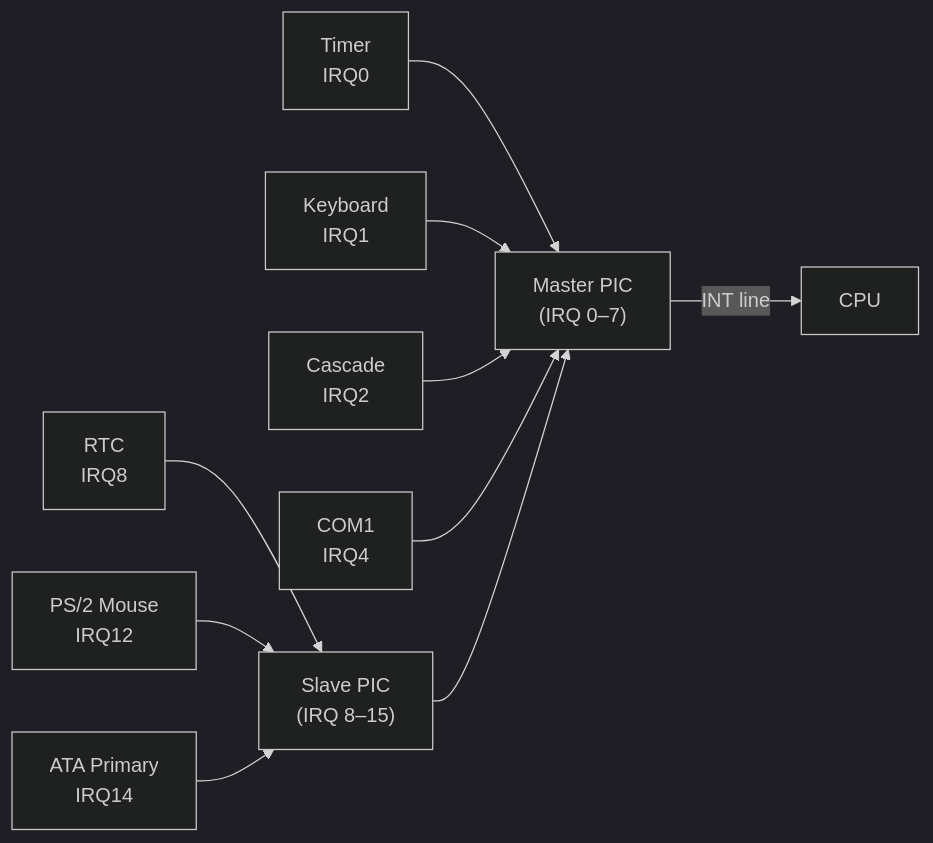
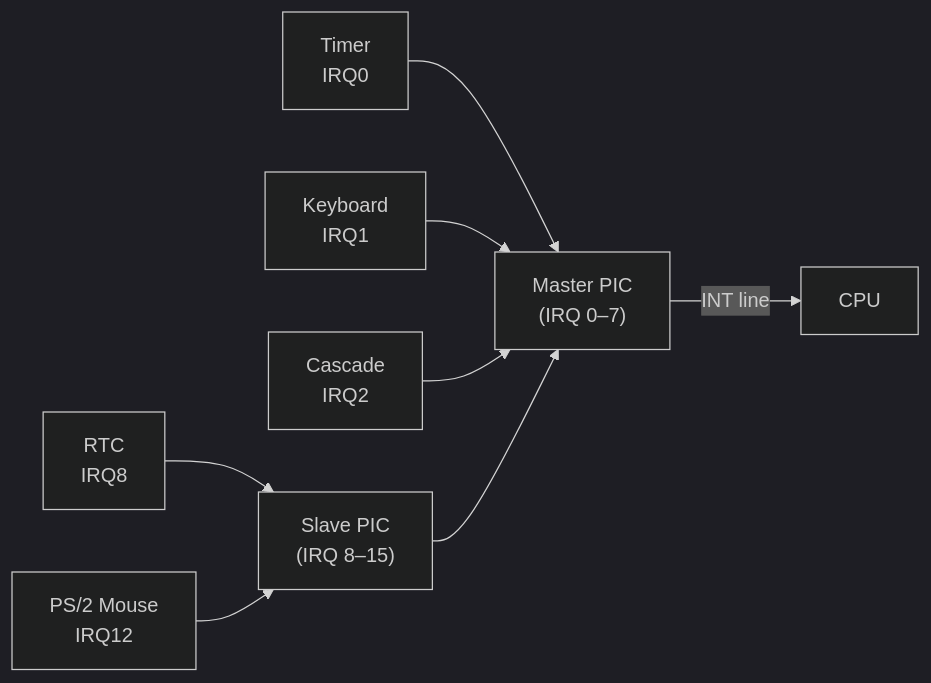
Before and after one commit to mikecubed/m3OS: the third of 3 diagrams in docs/04-interrupts.md, drawn with Mermaid (dark theme). The commit also changed other lines of this file and 13 other files, not shown here.

First line of the commit message:
Phase 3: Interrupts (GDT/IDT/PIC/Timer/Keyboard) (#2)

````diff
--- a/docs/04-interrupts.md
+++ b/docs/04-interrupts.md
@@ -108,14 +142,12 @@
 ```mermaid
 graph LR
-    HW1["Timer\nIRQ0"] --> MASTER["Master PIC\n(IRQ 0–7)"]
-    HW2["Keyboard\nIRQ1"] --> MASTER
-    HW3["Cascade\nIRQ2"] --> MASTER
-    HW4["COM1\nIRQ4"] --> MASTER
+    HW1["Timer<br/>IRQ0"] --> MASTER["Master PIC<br/>(IRQ 0–7)"]
+    HW2["Keyboard<br/>IRQ1"] --> MASTER
+    HW3["Cascade<br/>IRQ2"] --> MASTER
 
-    HW5["RTC\nIRQ8"] --> SLAVE["Slave PIC\n(IRQ 8–15)"]
-    HW6["PS/2 Mouse\nIRQ12"] --> SLAVE
-    HW7["ATA Primary\nIRQ14"] --> SLAVE
+    HW5["RTC<br/>IRQ8"] --> SLAVE["Slave PIC<br/>(IRQ 8–15)"]
+    HW6["PS/2 Mouse<br/>IRQ12"] --> SLAVE
 
     MASTER -->|"INT line"| CPU
     SLAVE --> MASTER
 ```
````
